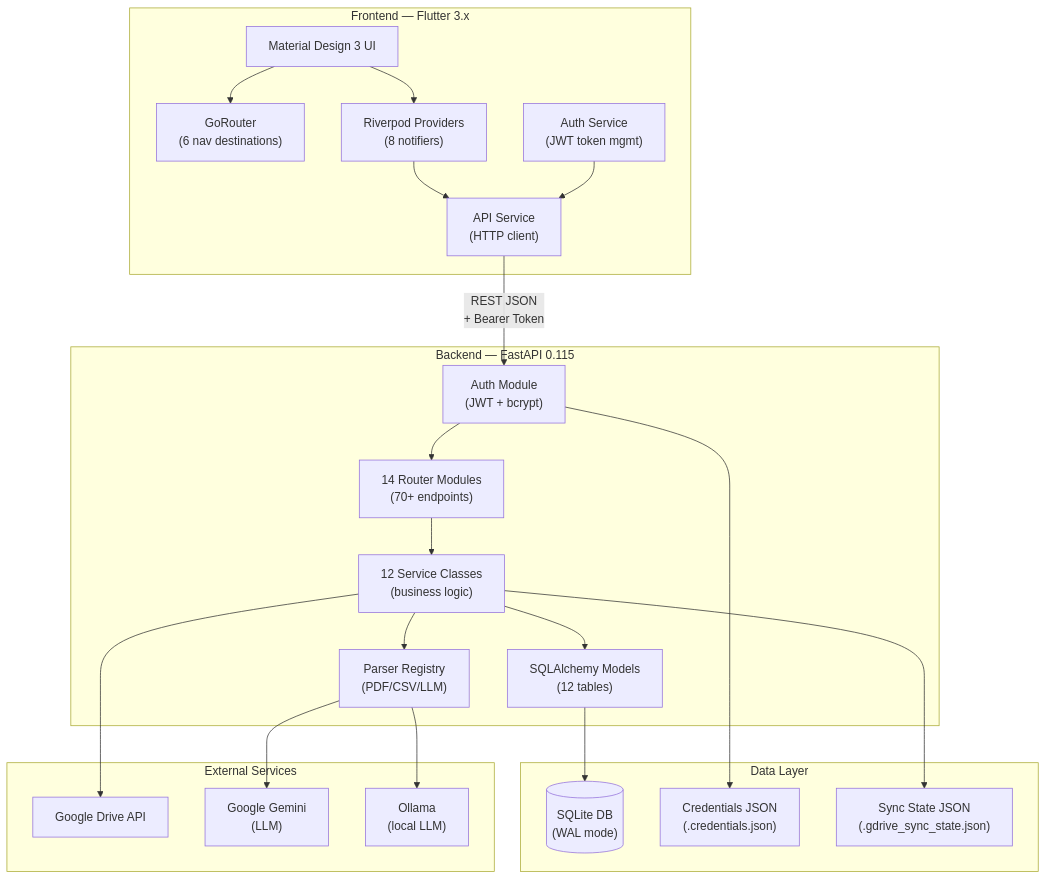
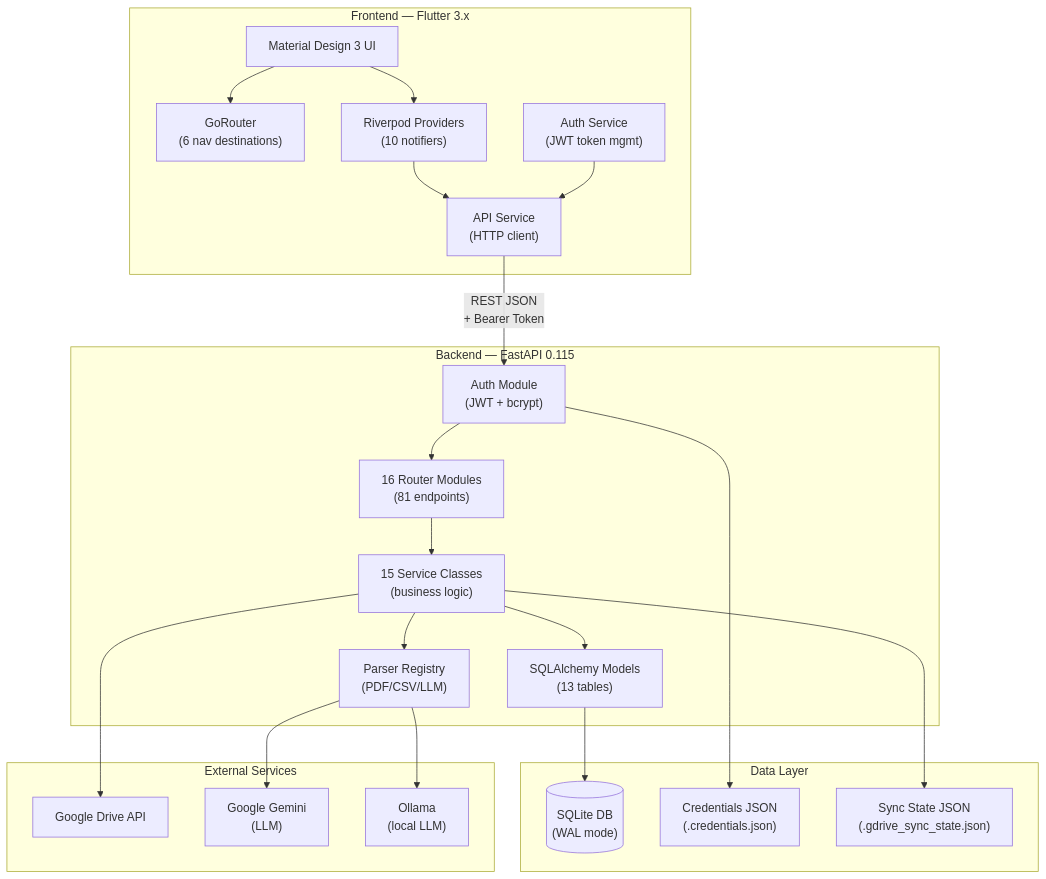
One commit to ghiridhars/finance-tracker-personal changed the first of 10 diagrams in docs/ARCHITECTURE.md. Above: the diagram before and after it, drawn with Mermaid. The commit also changed other lines of this file and 4 other files, not shown here.

Commit message:
docs: add comprehensive user flow, API reference, overview, and architecture documentation, and update README/ROADMAP.

````diff
--- a/docs/ARCHITECTURE.md
+++ b/docs/ARCHITECTURE.md
@@ -9,48 +9,48 @@
 ```mermaid
 graph TB
     subgraph Client["Frontend — Flutter 3.x"]
         UI["Material Design 3 UI"]
         Router["GoRouter<br/>(6 nav destinations)"]
-        Providers["Riverpod Providers<br/>(8 notifiers)"]
+        Providers["Riverpod Providers<br/>(10 notifiers)"]
         AuthSvc["Auth Service<br/>(JWT token mgmt)"]
         ApiSvc["API Service<br/>(HTTP client)"]
 
         UI --> Router
         UI --> Providers
         Providers --> ApiSvc
         AuthSvc --> ApiSvc
     end
 
     subgraph Server["Backend — FastAPI 0.115"]
         Auth["Auth Module<br/>(JWT + bcrypt)"]
-        Routers["14 Router Modules<br/>(70+ endpoints)"]
-        Services["12 Service Classes<br/>(business logic)"]
+        Routers["16 Router Modules<br/>(81 endpoints)"]
+        Services["15 Service Classes<br/>(business logic)"]
         Parsers["Parser Registry<br/>(PDF/CSV/LLM)"]
-        Models["SQLAlchemy Models<br/>(12 tables)"]
+        Models["SQLAlchemy Models<br/>(13 tables)"]
 
         Auth --> Routers
         Routers --> Services
         Services --> Models
         Services --> Parsers
     end
 
     subgraph Storage["Data Layer"]
         SQLite[("SQLite DB<br/>(WAL mode)")]
         CredFile["Credentials JSON<br/>(.credentials.json)"]
         SyncState["Sync State JSON<br/>(.gdrive_sync_state.json)"]
     end
 
     subgraph External["External Services"]
         GDrive["Google Drive API"]
         Gemini["Google Gemini<br/>(LLM)"]
         Ollama["Ollama<br/>(local LLM)"]
     end
 
     ApiSvc -- "REST JSON<br/>+ Bearer Token" --> Auth
     Models --> SQLite
     Auth --> CredFile
     Services --> SyncState
     Services --> GDrive
     Parsers --> Gemini
     Parsers --> Ollama
 ```
````
